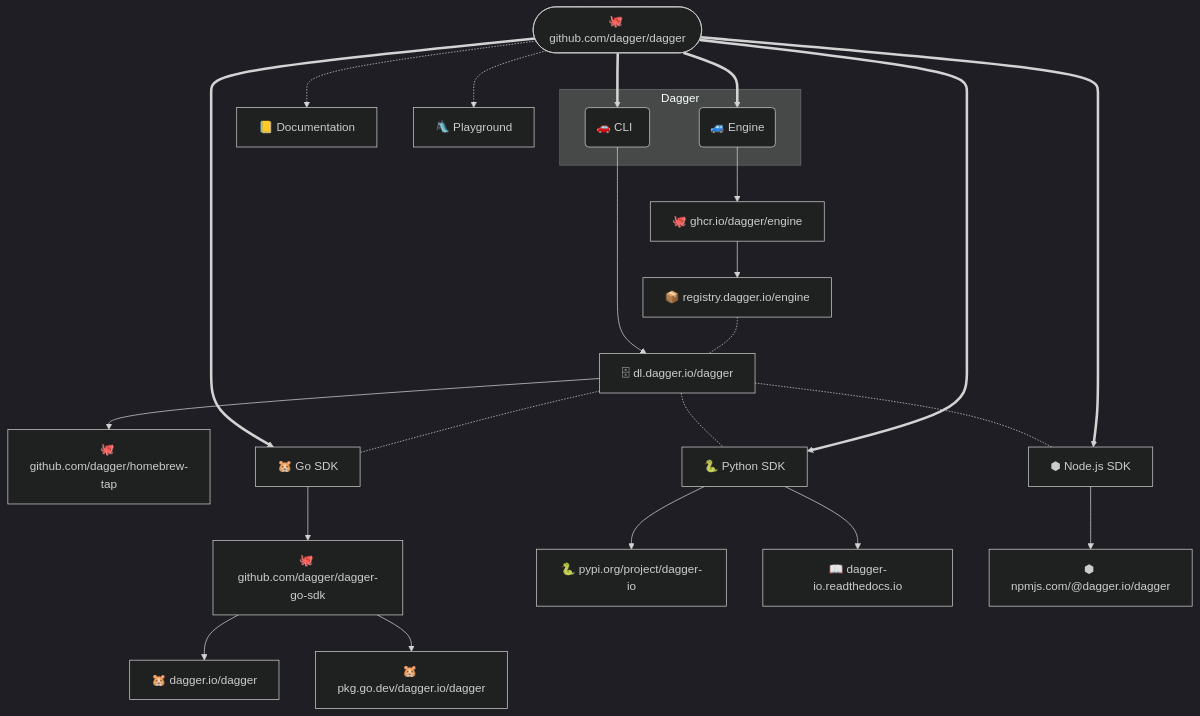
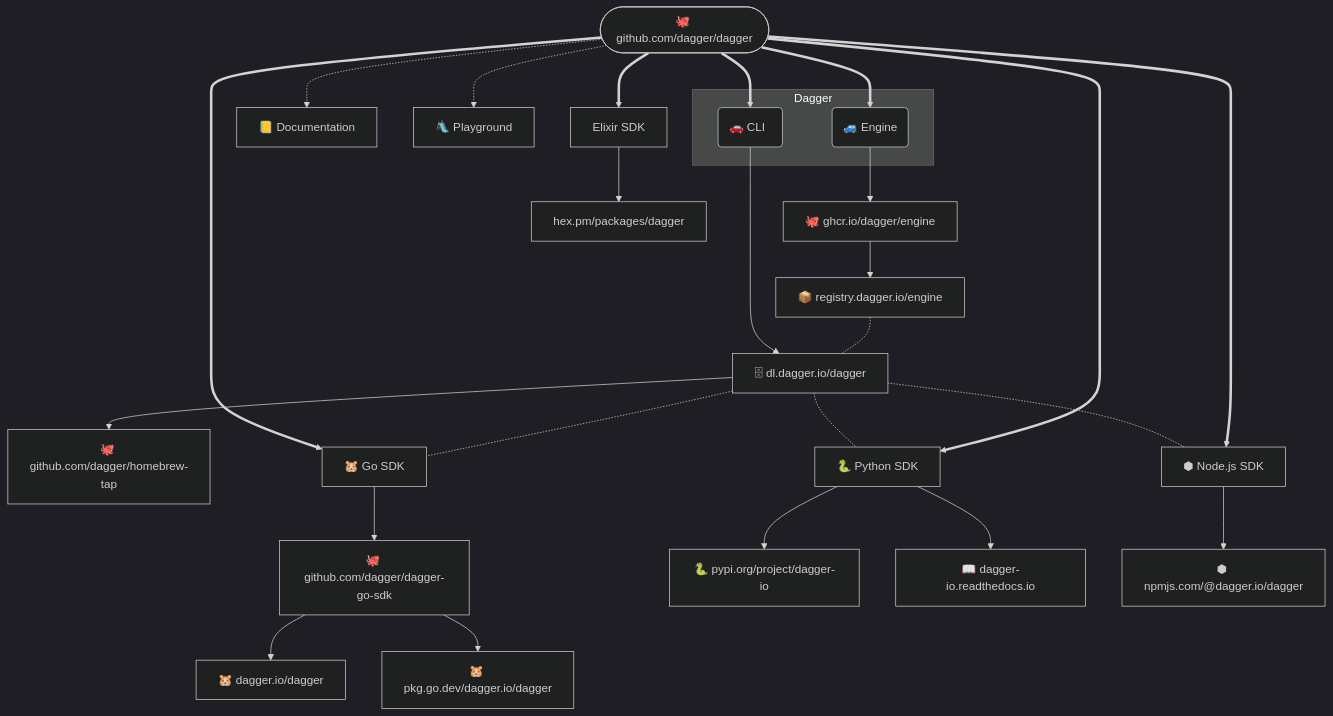
Before and after one commit to dagger/dagger: the diagram in RELEASING.md, drawn with Mermaid (dark theme). The commit also changed other lines of this file, not shown here.

Commit message:
docs: add Elixir SDK to RELEASING.md

````diff
--- a/RELEASING.md
+++ b/RELEASING.md
@@ -14,39 +15,43 @@
 ```mermaid
 flowchart TD
     repo(["🐙 github.com/dagger/dagger"])
     docs["📒 Documentation"]
     playground["🛝 Playground"]
     repo -.-> docs & playground
-    
+
     subgraph Dagger
         engine("🚙 Engine")
         cli("🚗 CLI &nbsp;")
     end
 
     repo ==> engine & cli
 
     S3["🗄 dl.dagger.io/dagger"]
     brew-tap["🐙 github.com/dagger/homebrew-tap"]
     cli --> S3 --> brew-tap
 
     registry["📦 registry.dagger.io/engine"]
     ghcr["🐙 ghcr.io/dagger/engine"]
     engine --> ghcr --> registry
 
     go["🐹 Go SDK"]
     go-repo["🐙 github.com/dagger/dagger-go-sdk"]
     go-pkg["🐹 dagger.io/dagger"]
     go-ref["🐹 pkg.go.dev/dagger.io/dagger"]
 
     repo ==> go --> go-repo --> go-pkg & go-ref
     registry -.- S3 -.- go & python & nodejs
 
     python["🐍 Python SDK"]
     pypi["🐍 pypi.org/project/dagger-io"]
     readthedocs["📖 dagger-io.readthedocs.io"]
     repo ==> python --> pypi & readthedocs
 
     nodejs["⬢ Node.js SDK"]
     npm["⬢ npmjs.com/@dagger.io/dagger"]
     repo ==> nodejs --> npm
+
+    elixir["Elixir SDK"]
+    hexpm["hex.pm/packages/dagger"]
+    repo ==> elixir --> hexpm
 ```
````
